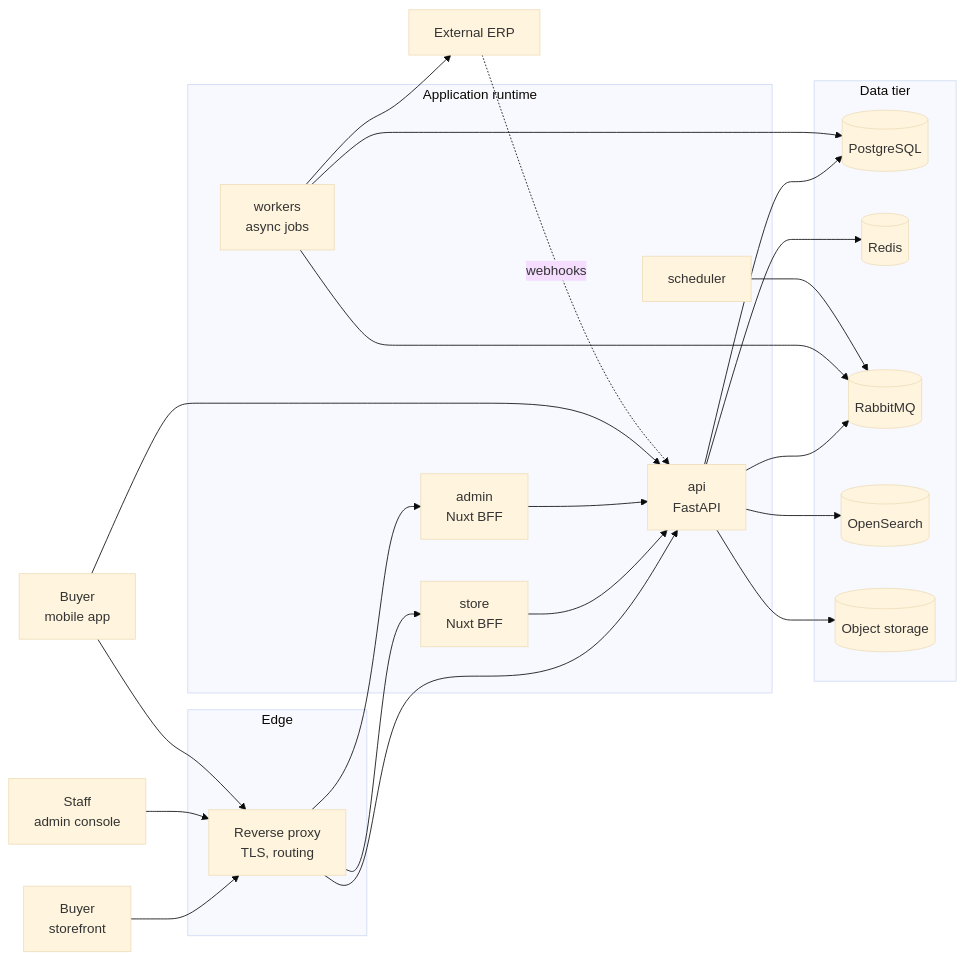
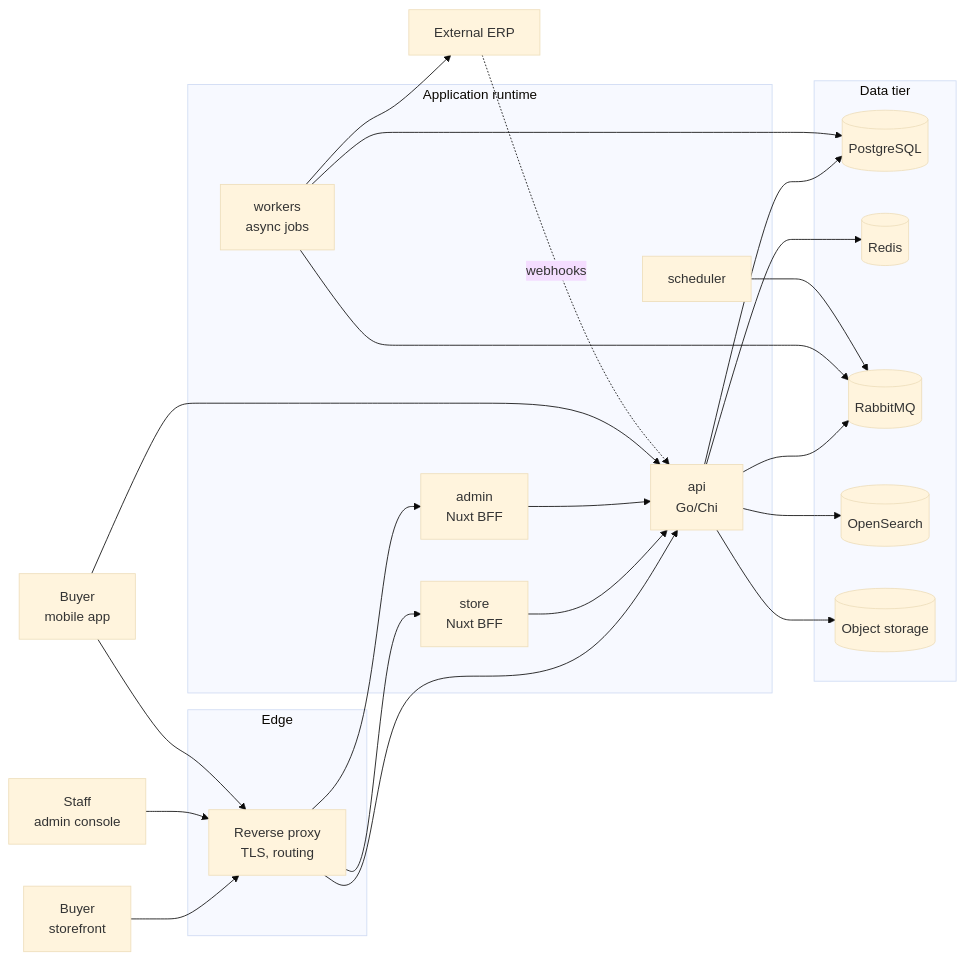
Before and after one commit to codewithduong05/B2B-Platform: the diagram in README.md, drawn with Mermaid (base theme). The commit also changed other lines of this file and 7 other files, not shown here.

Commit message:
feat: update documentation to reflect transition from FastAPI to Go/Chi for backend services

````diff
--- a/README.md
+++ b/README.md
@@ -55,48 +55,48 @@
 ```mermaid
 flowchart LR
     Buyer[Buyer<br/>storefront]
     Staff[Staff<br/>admin console]
     App[Buyer<br/>mobile app]
 
     subgraph Edge[Edge]
         Proxy[Reverse proxy<br/>TLS, routing]
     end
 
     subgraph Runtime[Application runtime]
         Store[store<br/>Nuxt BFF]
         Admin[admin<br/>Nuxt BFF]
-        API[api<br/>FastAPI]
+        API[api<br/>Go/Chi]
         Worker[workers<br/>async jobs]
         Beat[scheduler]
     end
 
     subgraph Data[Data tier]
         DB[(PostgreSQL)]
         Cache[(Redis)]
         Broker[(RabbitMQ)]
         Search[(OpenSearch)]
         Blob[(Object storage)]
     end
 
     ERP[External ERP]
 
     Buyer --> Proxy
     Staff --> Proxy
     App --> Proxy
     Proxy --> Store
     Proxy --> Admin
     Proxy --> API
     Store --> API
     Admin --> API
     App --> API
     API --> DB
     API --> Cache
     API --> Broker
     API --> Search
     API --> Blob
     Worker --> DB
     Worker --> Broker
     Beat --> Broker
     Worker --> ERP
     ERP -.->|webhooks| API
 ```
````
